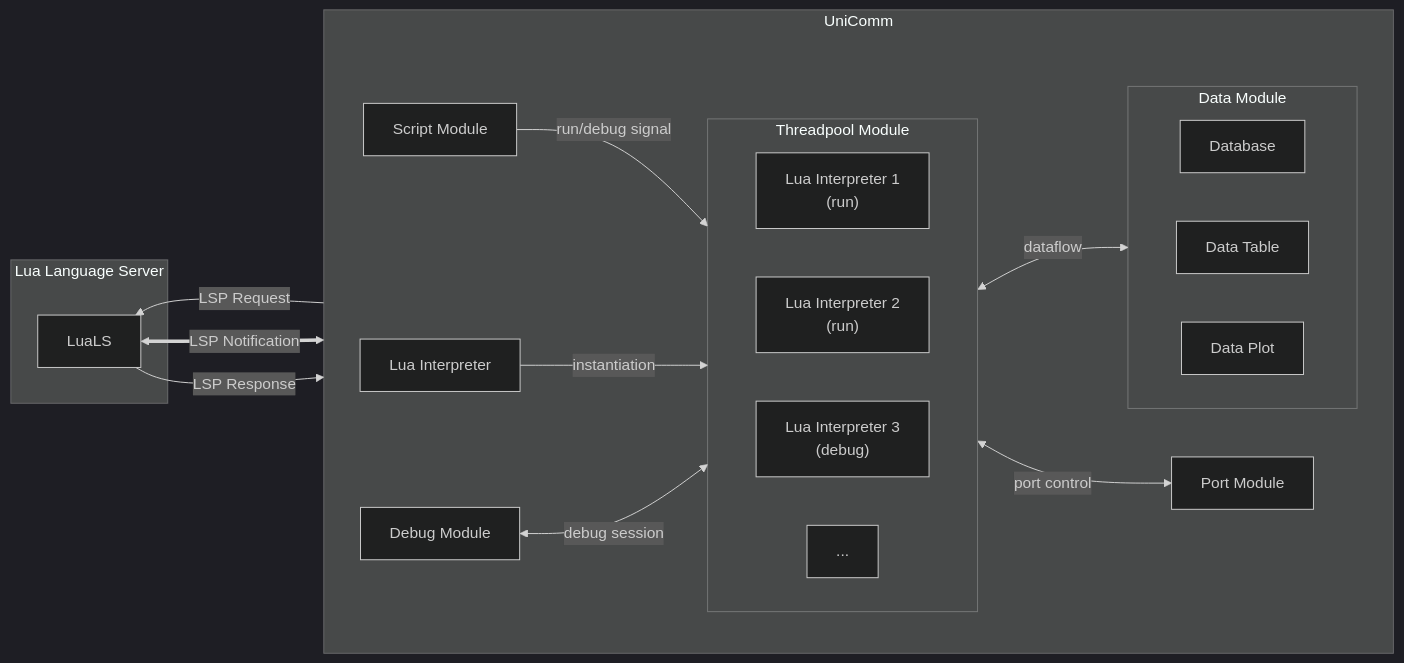
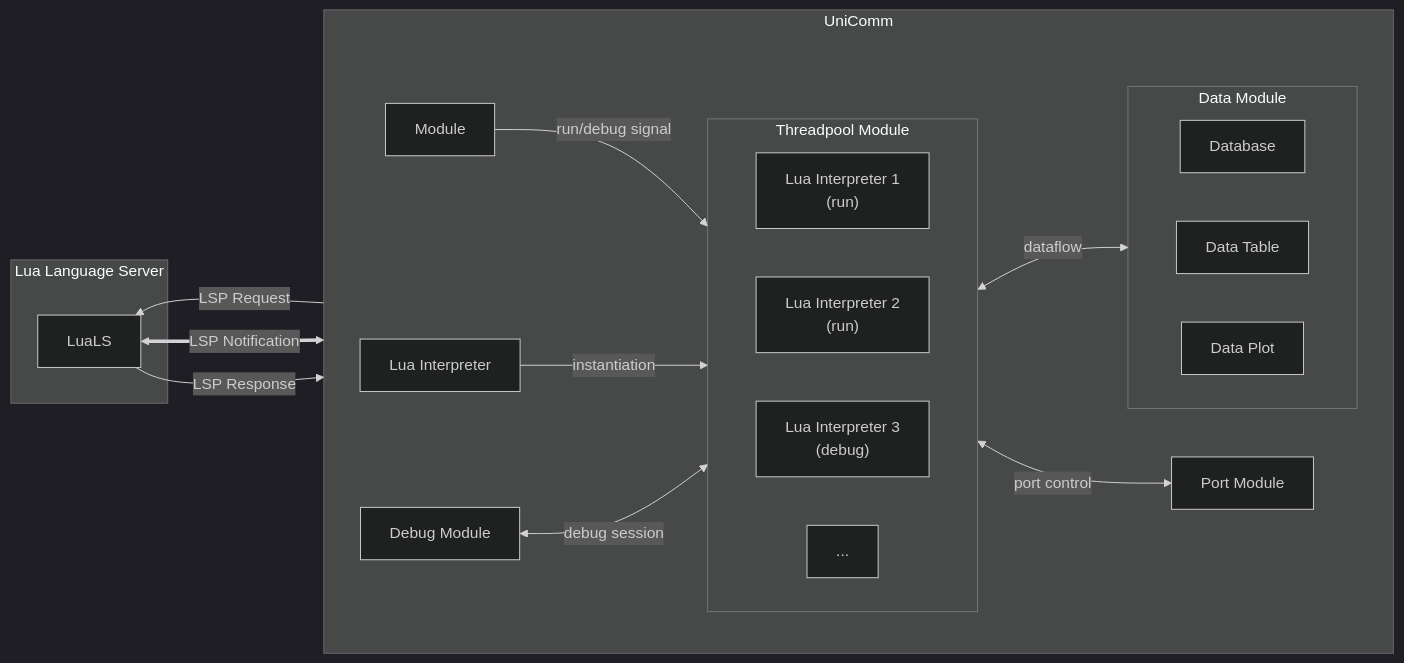
One commit to zyt20001205/UniComm2 changed the first of 3 diagrams in README.md. Above: the diagram before and after it, drawn with Mermaid (dark theme). The commit also changed other lines of this file and 53 other files, not shown here.

````diff
--- a/README.md
+++ b/README.md
@@ -36,42 +36,42 @@
 ```mermaid
 flowchart RL
     subgraph Lua Language Server
         LuaLS[LuaLS]
     end
 
     subgraph UniComm
         direction LR
-        documentModule[Script Module]
+        documentModule[ Module]
         luaInterpreter[Lua Interpreter]
         debugModule[Debug Module]
         subgraph threadpoolModule[Threadpool Module]
             direction LR
             luaInterpreter1["Lua Interpreter 1<br>(run)"]
             luaInterpreter2["Lua Interpreter 2<br>(run)"]
             luaInterpreter3["Lua Interpreter 3<br>(debug)"]
             more["..."]
         end
         portModule[Port Module]
         subgraph dataModule[Data Module]
             direction LR
             databaseModule["Database"]
             datatableModule["Data Table"]
             dataplotModule["Data Plot"]
         end
     end
 
     UniComm -->|LSP Request| LuaLS
     LuaLS <==>|LSP Notification| UniComm
     LuaLS -->|LSP Response| UniComm
 %%    UniComm e1@ -->|LSP Request| LuaLS
 %%    LuaLS <==>|LSP Notification| UniComm
 %%    LuaLS e2@ -->|LSP Response| UniComm
 %%    e1@{animate: true}
 %%    e2@{animate: true}
     documentModule -->|run/debug signal| threadpoolModule
     luaInterpreter -->|instantiation| threadpoolModule
     debugModule <-->|debug session| threadpoolModule
     threadpoolModule <-->|port control| portModule
     threadpoolModule <-->|dataflow| dataModule
 
 ```
````
